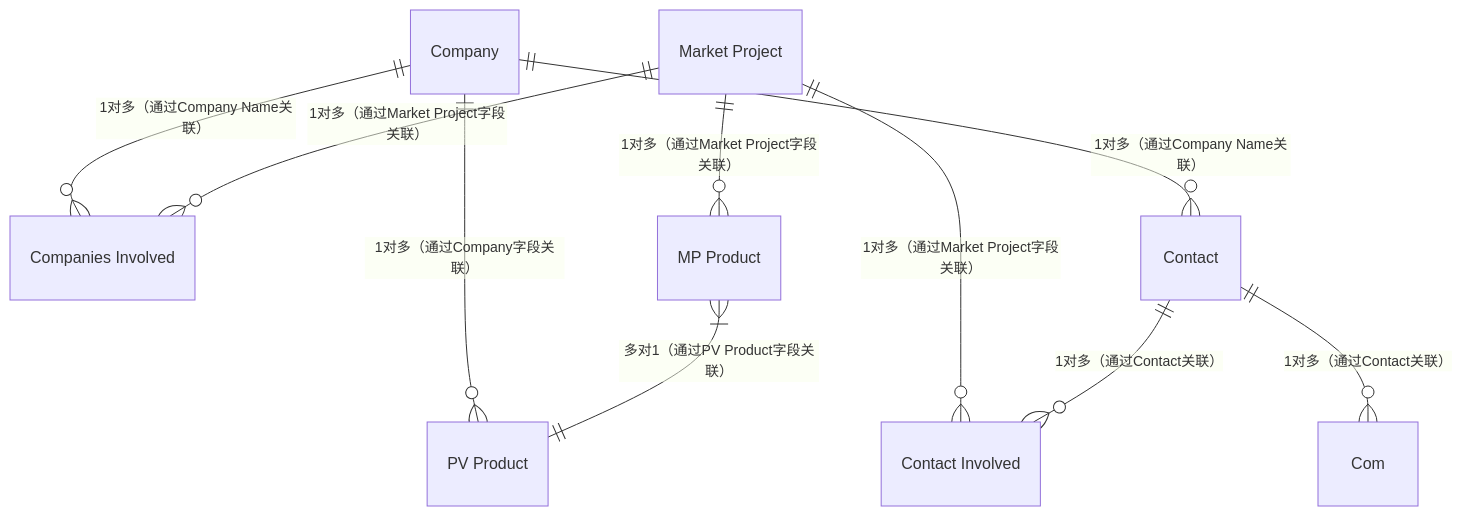
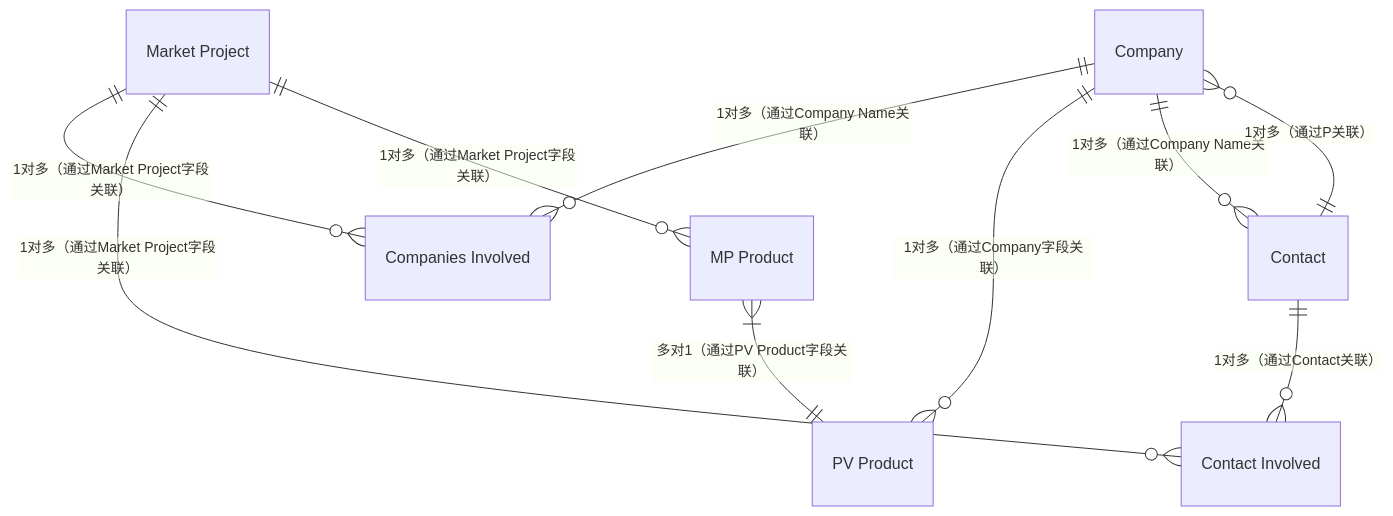
The diagram in all/Norden数据E-R图.md (zhangziru-33/iodraw-files), drawn with Mermaid before and after one commit.

Commit message:
2025-12-04 13:24:57 update

````diff
--- a/all/Norden数据E-R图.md
+++ b/all/Norden数据E-R图.md
@@ -1,14 +1,14 @@
 ```mermaid
 %% {init: {'theme': 'base', 'themeVariables': {'background': '#ffffff'}}}%%
 erDiagram
     Company ||--o{ "Companies Involved" : "1对多（通过Company Name关联）"
     Company ||--o{ "PV Product" : "1对多（通过Company字段关联）"
     Company ||--o{ "Contact" : "1对多（通过Company Name关联）"
     "Market Project" ||--o{ "Companies Involved" : "1对多（通过Market Project字段关联）"
     "Market Project" ||--o{ "Contact Involved" : "1对多（通过Market Project字段关联）"
     "Market Project" ||--o{ "MP Product" : "1对多（通过Market Project字段关联）"
     "MP Product" }|--|| "PV Product" : "多对1（通过PV Product字段关联）"
     Contact ||--o{ "Contact Involved" : "1对多（通过Contact关联）"
-    Contact ||--o{ "Com" : "1对多（通过Contact关联）"
+    Contact ||--o{ "Company" : "1对多（通过P关联）"
 
 ```
````
